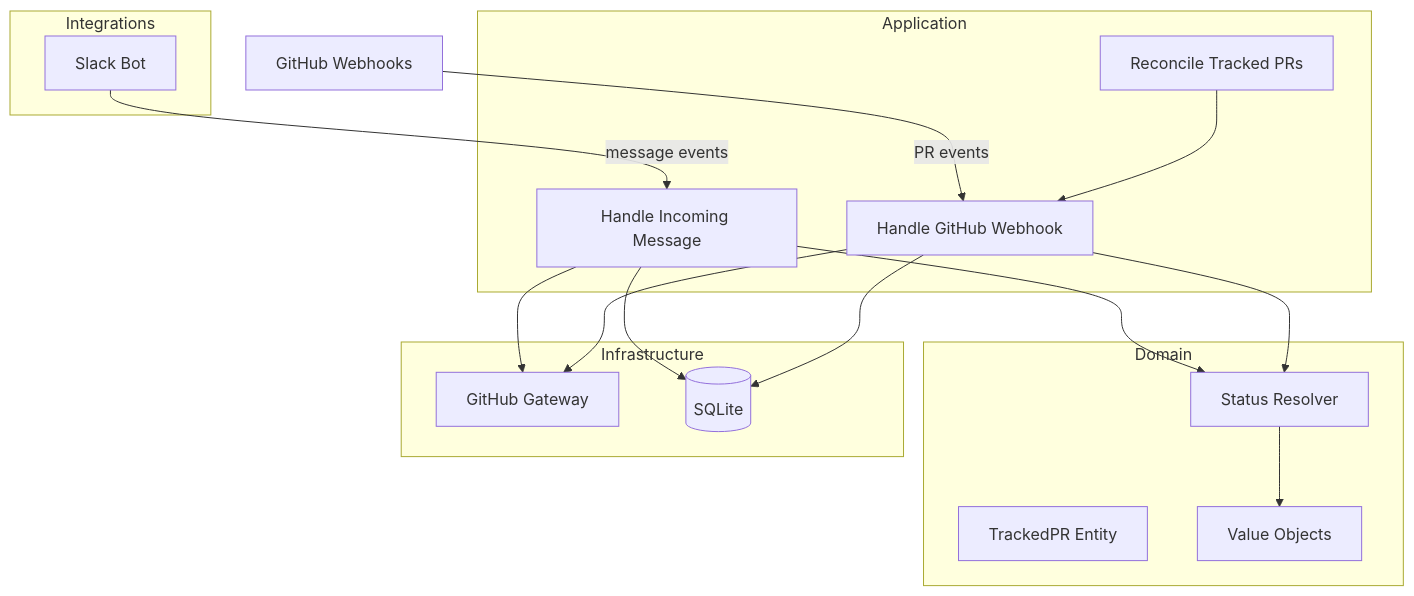
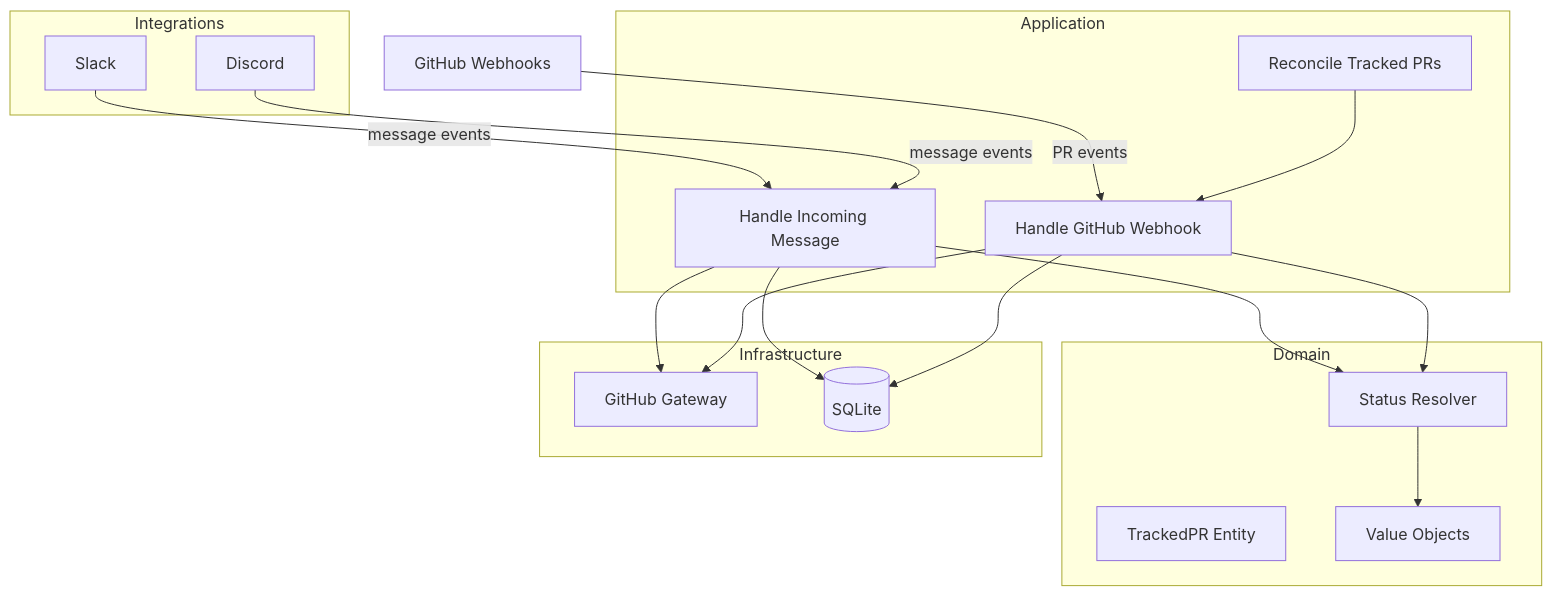
Before and after one commit to Userled-Ryan/Customerbot: the diagram in docs/getting-started.md, drawn with Mermaid. The commit also changed other lines of this file and 5 other files, not shown here.

````diff
--- a/docs/getting-started.md
+++ b/docs/getting-started.md
@@ -73,34 +77,36 @@
 ```mermaid
 graph TB
     subgraph Integrations
-        Slack[Slack Bot]
+        Slack[Slack]
+        Discord[Discord]
     end
 
     subgraph Application
         HIM[Handle Incoming Message]
         HGW[Handle GitHub Webhook]
         RTP[Reconcile Tracked PRs]
     end
 
     subgraph Domain
         TE[TrackedPR Entity]
         VO[Value Objects]
         SR[Status Resolver]
     end
 
     subgraph Infrastructure
         GH[GitHub Gateway]
         DB[(SQLite)]
     end
 
     Slack -->|message events| HIM
+    Discord -->|message events| HIM
     GH_WH[GitHub Webhooks] -->|PR events| HGW
     HIM --> GH
     HGW --> GH
     HIM --> DB
     HGW --> DB
     RTP --> HGW
     HIM --> SR
     HGW --> SR
     SR --> VO
 ```
````
